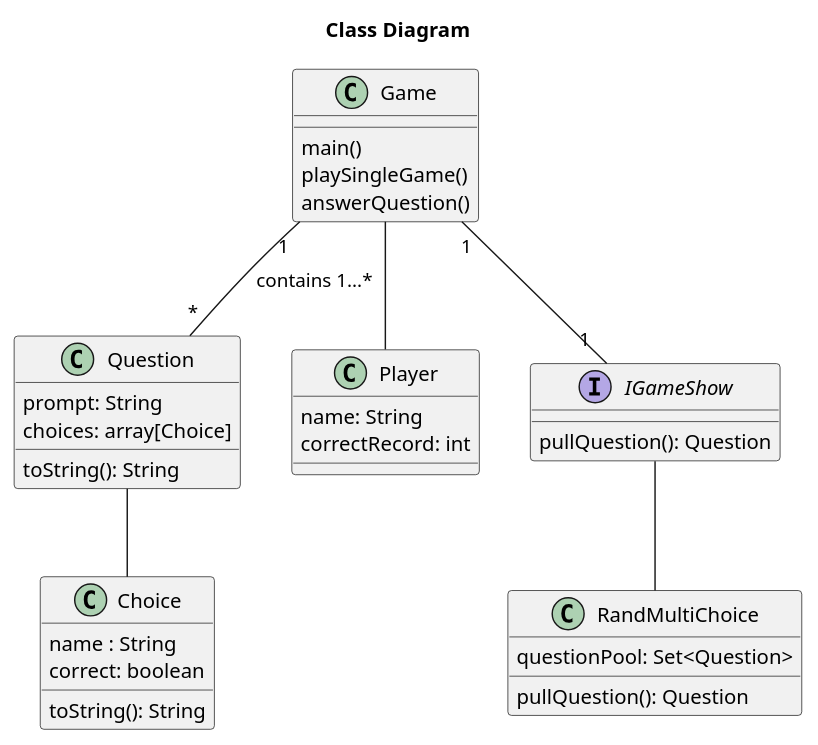
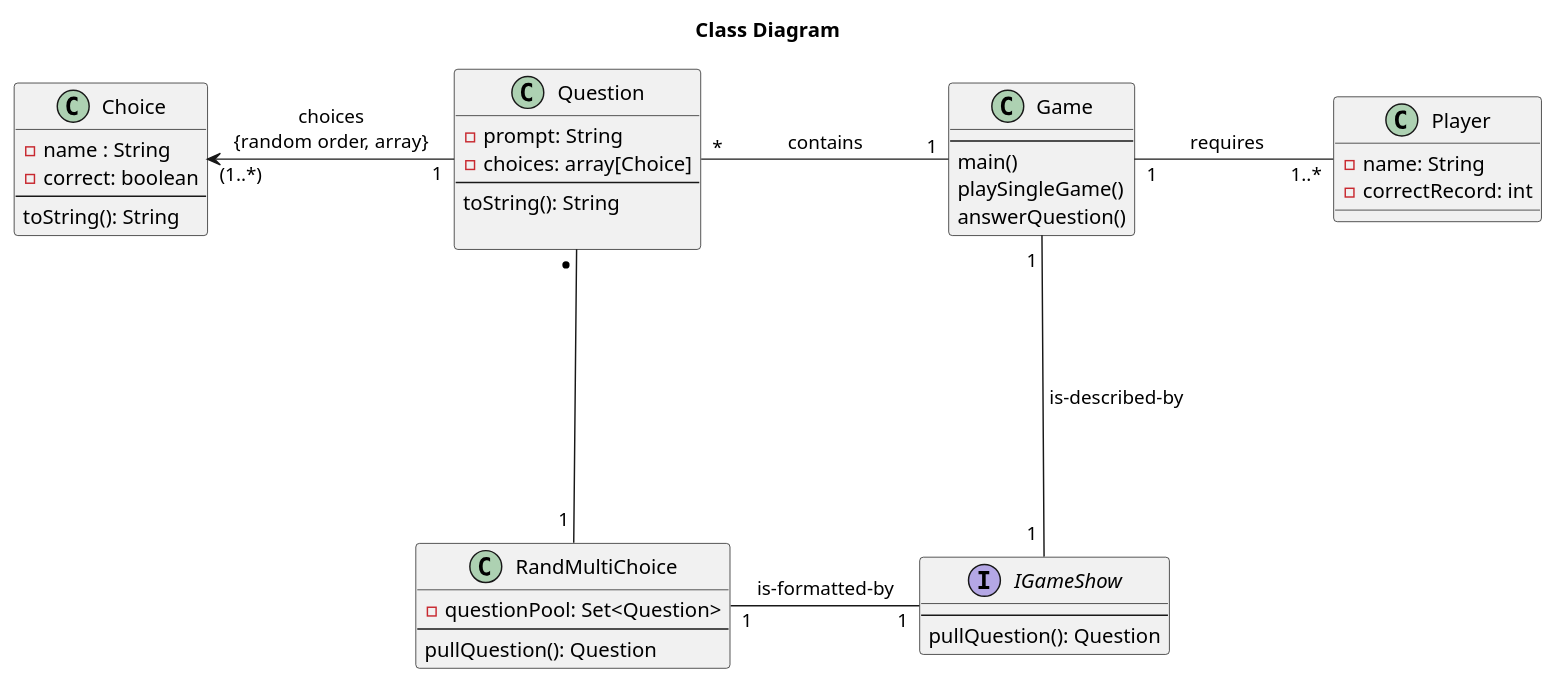
The first of 4 diagrams in doc/design.md (aczar09/Trivia-Game-Android), drawn with PlantUML before and after one commit. The commit also changed 2 other files, not shown here.

Commit message:
Made some design class diagram edits

````diff
--- a/doc/design.md
+++ b/doc/design.md
@@ -12,36 +12,43 @@
 ```plantuml
 title Class Diagram
 ' classes
+'skinparam classAttributeIconSize 0 
 class Game{
+--
 main()
 playSingleGame()
 answerQuestion()
 }
 class Question{
-    prompt: String
-    choices: array[Choice]
+    -prompt: String
+    -choices: array[Choice]
+    --
     toString(): String
     
 }
 class Choice{
-    name : String
-    correct: boolean
+    -name : String
+    -correct: boolean
+    --
     toString(): String
 }
 class Player{
-name: String
-correctRecord: int
+-name: String
+-correctRecord: int
 }
 interface IGameShow{
+--
     pullQuestion(): Question
 }
-Game "1" -- "*" Question : contains 1...*
-Question -- Choice
-Game -- Player
-Game "1"-- " 1 " IGameShow
+Game "1" ---left-- "*" Question : "            contains            "
+Question "\t1" -left-->"(1..*)" Choice:choices\n{random order, array}
+Game "1\t" --right-- "1..*" Player: "      requires         "
+Game "1 " -down- " 1 " IGameShow: " is-described-by"
 class RandMultiChoice{
-    questionPool: Set<Question>
+    -questionPool: Set<Question>
+    --
     pullQuestion(): Question
 }
-IGameShow -- RandMultiChoice
+IGameShow"\t1" --left--"1\t" RandMultiChoice:"is-formatted-by"
+RandMultiChoice "1 "--up--"* " Question
 ```
````
